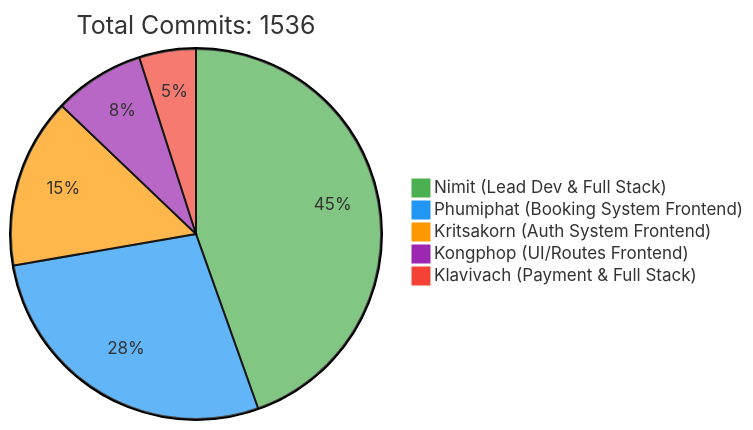
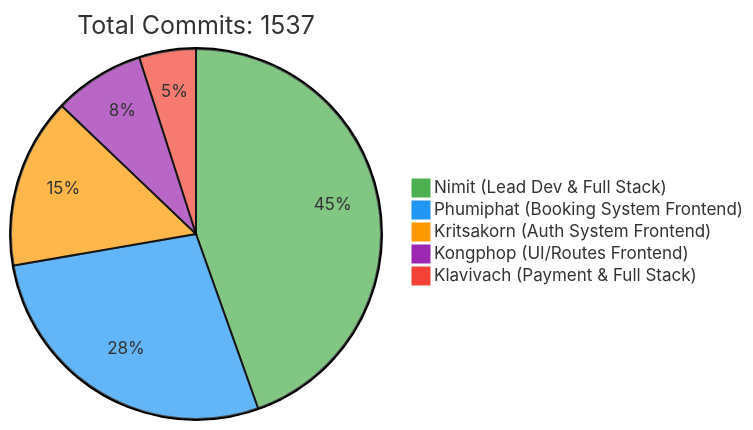
The first of 2 diagrams in README.md (6531503042/Sport-Complex), drawn with Mermaid before and after one commit. The commit also changed other lines of this file, not shown here.

Commit message:
docs: Update contributor statistics [skip ci]

````diff
--- a/README.md
+++ b/README.md
@@ -257,10 +257,10 @@
 ```mermaid
 %%{init: {'theme': 'base', 'themeVariables': { 'pie1': '#4CAF50', 'pie2': '#2196F3', 'pie3': '#FF9800', 'pie4': '#9C27B0', 'pie5': '#F44336'}}}%%
 pie
-    title Total Commits: 1536
+    title Total Commits: 1537
     "Nimit (Lead Dev & Full Stack)" : 450
     "Phumiphat (Booking System Frontend)" : 280
     "Kritsakorn (Auth System Frontend)" : 150
     "Kongphop (UI/Routes Frontend)" : 80
     "Klavivach (Payment & Full Stack)" : 50
 ```
````
